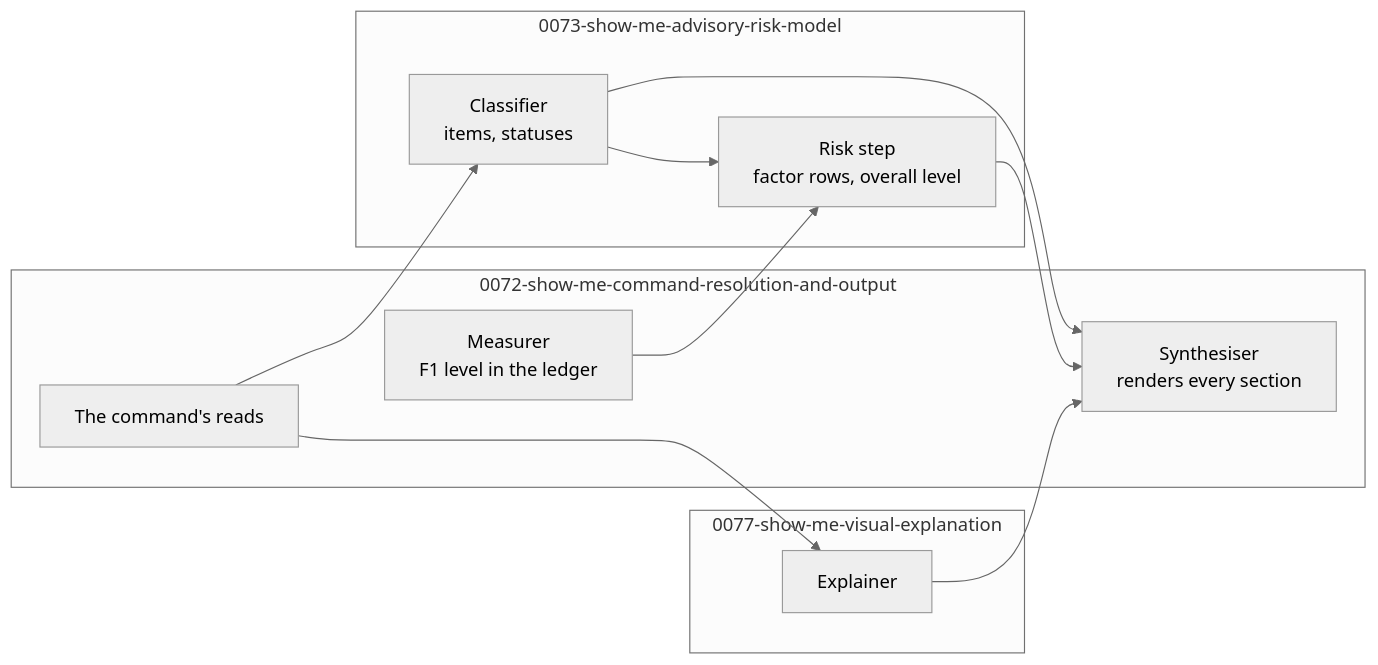
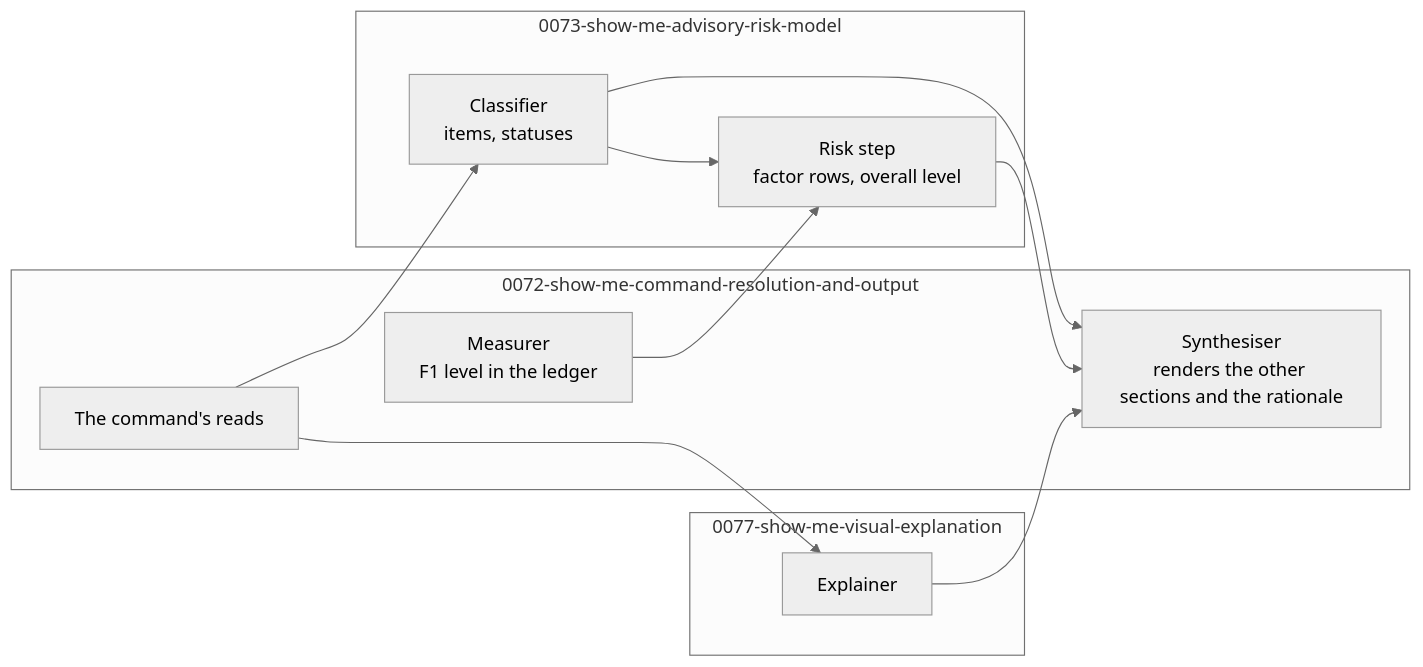
One commit to BrighterCommand/Brighter changed the second of 2 diagrams in docs/adr/0073-show-me-advisory-risk-model.md. Above: the diagram before and after it, drawn with Mermaid (neutral theme). The commit also changed other lines of this file and 4 other files, not shown here.

````diff
--- a/docs/adr/0073-show-me-advisory-risk-model.md
+++ b/docs/adr/0073-show-me-advisory-risk-model.md
@@ -164,22 +168,22 @@
 ```mermaid
 flowchart LR
     subgraph ADR0072["0072-show-me-command-resolution-and-output"]
         M["Measurer<br/>F1 level in the ledger"]
         RD["The command's reads"]
-        S["Synthesiser<br/>renders every section"]
+        S["Synthesiser<br/>renders the other sections and the rationale"]
     end
     subgraph ADR0073["0073-show-me-advisory-risk-model"]
         CL["Classifier<br/>items, statuses"]
         RK["Risk step<br/>factor rows, overall level"]
     end
     subgraph ADR0077["0077-show-me-visual-explanation"]
         EX["Explainer"]
     end
     RD --> CL
     RD --> EX
     CL --> RK
     M --> RK
     CL --> S
     RK --> S
     EX --> S
 ```
````
